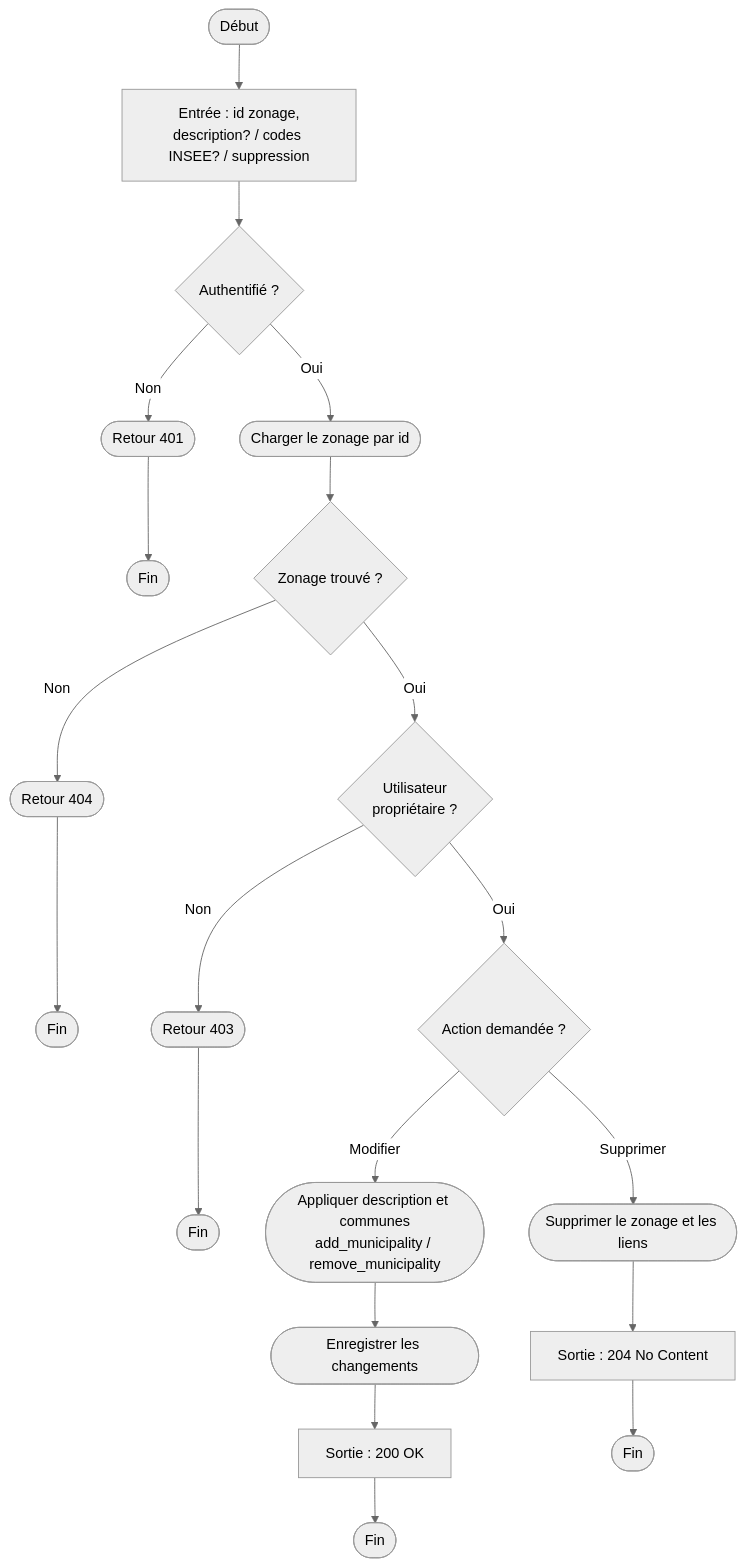
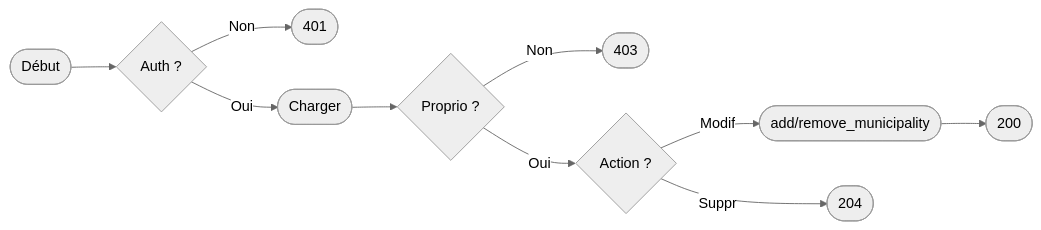
Before and after one commit to gabriel-dahan/ensai-it-project-2a-team12: the eighth of 8 diagrams in doc/activity_diagram.md, drawn with Mermaid (neutral theme). The commit also changed other lines of this file and 30688 other files, not shown here.

````diff
--- a/doc/activity_diagram.md
+++ b/doc/activity_diagram.md
@@ -164,22 +107,12 @@
 ```mermaid
-flowchart TD
-    start([Début]) --> entree["Entrée : id zonage,\ndescription? / codes INSEE? / suppression"]
-    entree --> auth{Authentifié ?}
-    auth -->|Non| unauth([Retour 401])
-    unauth --> endUnauth([Fin])
-    auth -->|Oui| load([Charger le zonage par id])
-    load --> found{Zonage trouvé ?}
-    found -->|Non| notFound([Retour 404])
-    notFound --> end404([Fin])
-    found -->|Oui| owner{Utilisateur\npropriétaire ?}
-    owner -->|Non| forbidden([Retour 403])
-    forbidden --> end403([Fin])
-    owner -->|Oui| action{Action demandée ?}
-    action -->|Modifier| update(["Appliquer description et communes\nadd_municipality / remove_municipality"])
-    update --> persist([Enregistrer les changements])
-    persist --> ok["Sortie : 200 OK"]
-    ok --> endOk([Fin])
-    action -->|Supprimer| deleteZ([Supprimer le zonage et les liens])
-    deleteZ --> gone["Sortie : 204 No Content"]
-    gone --> endDel([Fin])
+flowchart LR
+    start([Début]) --> auth{Auth ?}
+    auth -->|Non| u([401])
+    auth -->|Oui| load([Charger])
+    load --> own{Proprio ?}
+    own -->|Non| f([403])
+    own -->|Oui| act{Action ?}
+    act -->|Modif| upd(["add/remove_municipality"])
+    upd --> ok([200])
+    act -->|Suppr| del([204])
 ```
````
